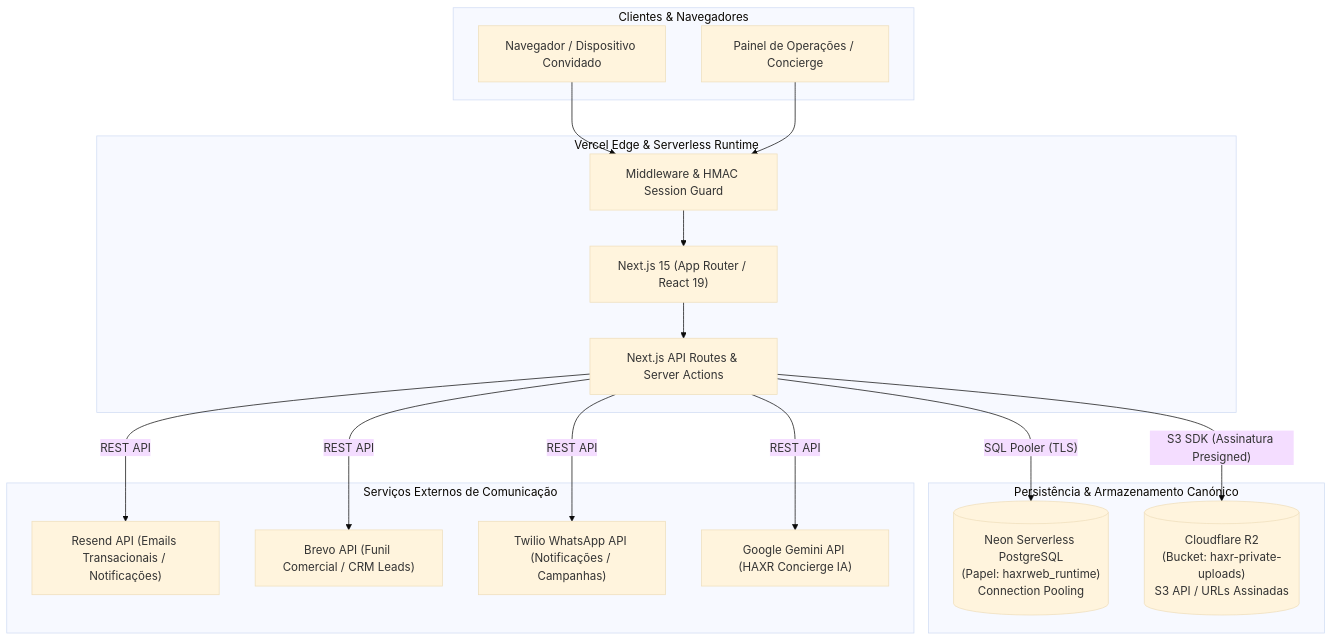
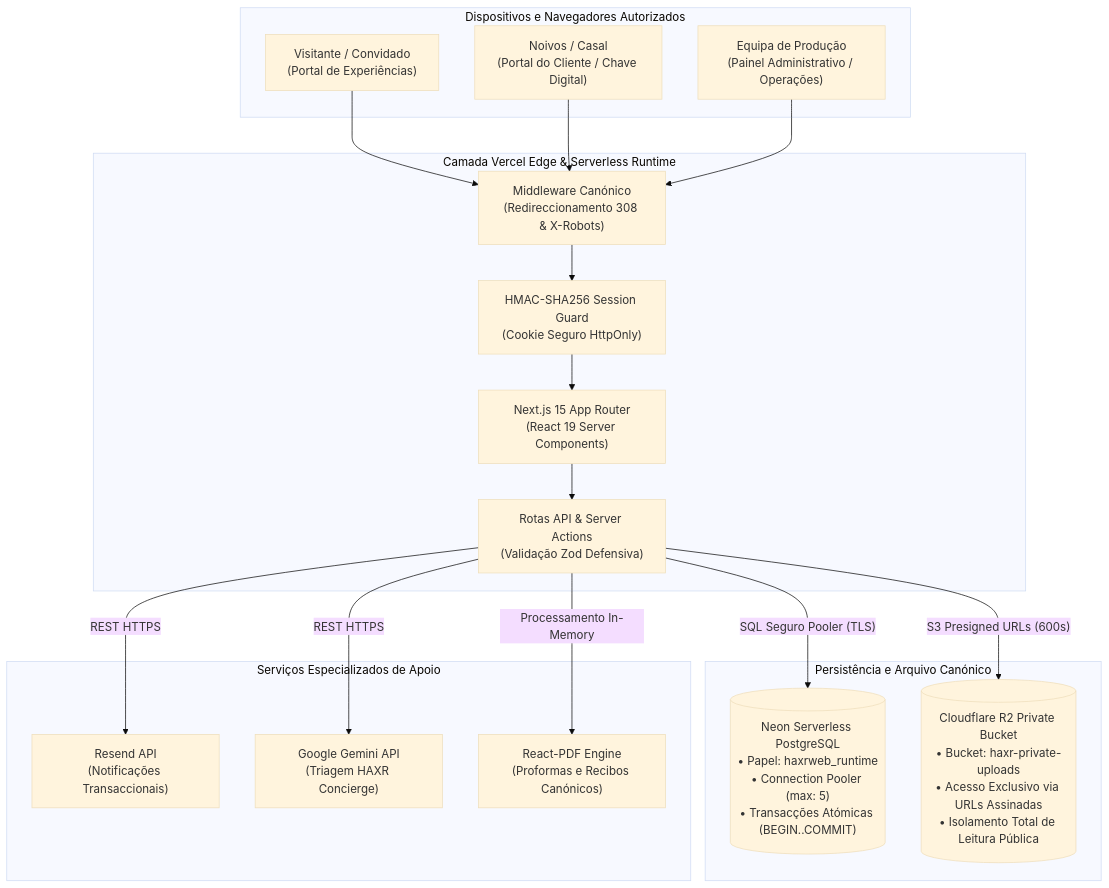
One commit to MrDimande/haxrsignatureweb changed the diagram in README.md. Above: the diagram before and after it, drawn with Mermaid (base theme). The commit also changed other lines of this file and 5 other files, not shown here.

````diff
--- a/README.md
+++ b/README.md
@@ -31,37 +65,40 @@
 ```mermaid
 flowchart TD
-    subgraph Clients["Clientes & Navegadores"]
-        Browser["Navegador / Dispositivo Convidado"]
-        AdminBrowser["Painel de Operações / Concierge"]
+    subgraph Clients["Dispositivos e Navegadores Autorizados"]
+        Guest["Visitante / Convidado\n(Portal de Experiências)"]
+        Client["Noivos / Casal\n(Portal do Cliente / Chave Digital)"]
+        Admin["Equipa de Produção\n(Painel Administrativo / Operações)"]
     end
 
-    subgraph Edge["Vercel Edge & Serverless Runtime"]
-        NextServer["Next.js 15 (App Router / React 19)"]
-        APIRoutes["Next.js API Routes & Server Actions"]
-        AuthMiddleware["Middleware & HMAC Session Guard"]
+    subgraph Edge["Camada Vercel Edge & Serverless Runtime"]
+        CanonicalGuard["Middleware Canónico\n(Redireccionamento 308 & X-Robots)"]
+        SessionGuard["HMAC-SHA256 Session Guard\n(Cookie Seguro HttpOnly)"]
+        AppRouter["Next.js 15 App Router\n(React 19 Server Components)"]
+        APILayer["Rotas API & Server Actions\n(Validação Zod Defensiva)"]
     end
 
-    subgraph Data["Persistência & Armazenamento Canónico"]
-        NeonDB[("Neon Serverless PostgreSQL\n(Papel: haxrweb_runtime)\nConnection Pooling")]
-        R2Storage[("Cloudflare R2\n(Bucket: haxr-private-uploads)\nS3 API / URLs Assinadas")]
+    subgraph StorageLayer["Persistência e Arquivo Canónico"]
+        NeonDB[("Neon Serverless PostgreSQL\n• Papel: haxrweb_runtime\n• Connection Pooler (max: 5)\n• Transacções Atómicas (BEGIN..COMMIT)")]
+        R2Vault[("Cloudflare R2 Private Bucket\n• Bucket: haxr-private-uploads\n• Acesso Exclusivo via URLs Assinadas\n• Isolamento Total de Leitura Pública")]
     end
 
-    subgraph Integrations["Serviços Externos de Comunicação"]
-        Resend["Resend API (Emails Transacionais / Notificações)"]
-        Brevo["Brevo API (Funil Comercial / CRM Leads)"]
-        Twilio["Twilio WhatsApp API (Notificações / Campanhas)"]
-        Gemini["Google Gemini API (HAXR Concierge IA)"]
+    subgraph Integrations["Serviços Especializados de Apoio"]
+        ResendService["Resend API\n(Notificações Transaccionais)"]
+        GeminiService["Google Gemini API\n(Triagem HAXR Concierge)"]
+        PdfGenerator["React-PDF Engine\n(Proformas e Recibos Canónicos)"]
     end
 
-    Browser --> AuthMiddleware
-    AdminBrowser --> AuthMiddleware
-    AuthMiddleware --> NextServer
-    NextServer --> APIRoutes
+    Guest --> CanonicalGuard
+    Client --> CanonicalGuard
+    Admin --> CanonicalGuard
 
-    APIRoutes -->|"SQL Pooler (TLS)"| NeonDB
-    APIRoutes -->|"S3 SDK (Assinatura Presigned)"| R2Storage
-    APIRoutes -->|"REST API"| Resend
-    APIRoutes -->|"REST API"| Brevo
-    APIRoutes -->|"REST API"| Twilio
-    APIRoutes -->|"REST API"| Gemini
+    CanonicalGuard --> SessionGuard
+    SessionGuard --> AppRouter
+    AppRouter --> APILayer
+
+    APILayer -->|"SQL Seguro Pooler (TLS)"| NeonDB
+    APILayer -->|"S3 Presigned URLs (600s)"| R2Vault
+    APILayer -->|"REST HTTPS"| ResendService
+    APILayer -->|"REST HTTPS"| GeminiService
+    APILayer -->|"Processamento In-Memory"| PdfGenerator
 ```
````
